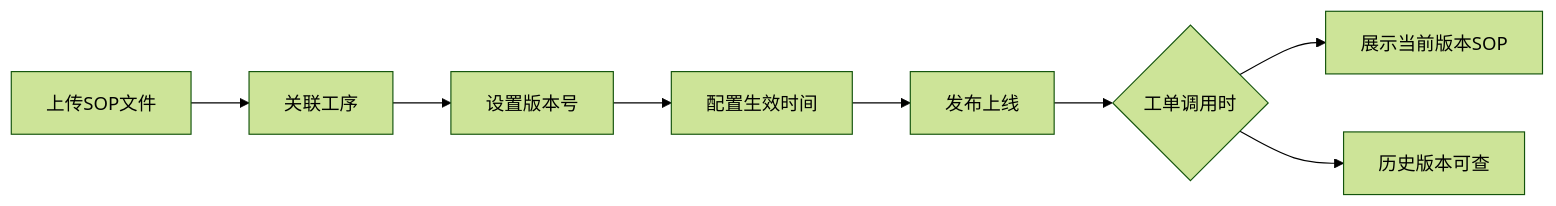
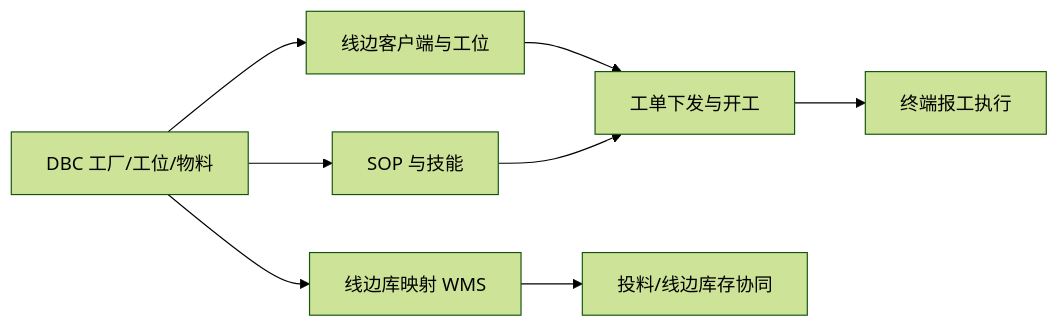
One commit to jiargcn/MomProductDocument changed the second of 2 diagrams in docs/06-MES-生产管理/01-基础建模/index.md. Above: the diagram before and after it, drawn with Mermaid (forest theme). The commit also changed other lines of this file and 16 other files, not shown here.

````diff
--- a/docs/06-MES-生产管理/01-基础建模/index.md
+++ b/docs/06-MES-生产管理/01-基础建模/index.md
@@ -235,10 +62,10 @@
 ```mermaid
 flowchart LR
-    A[上传SOP文件] --> B[关联工序]
-    B --> C[设置版本号]
-    C --> D[配置生效时间]
-    D --> E[发布上线]
-    E --> F{工单调用时}
-    F --> G[展示当前版本SOP]
-    F --> H[历史版本可查]
+    A["DBC 工厂/工位/物料"] --> B["线边客户端与工位"]
+    A --> C["SOP 与技能"]
+    A --> D["线边库映射 WMS"]
+    B --> E["工单下发与开工"]
+    C --> E
+    D --> F["投料/线边库存协同"]
+    E --> G["终端报工执行"]
 ```
````
